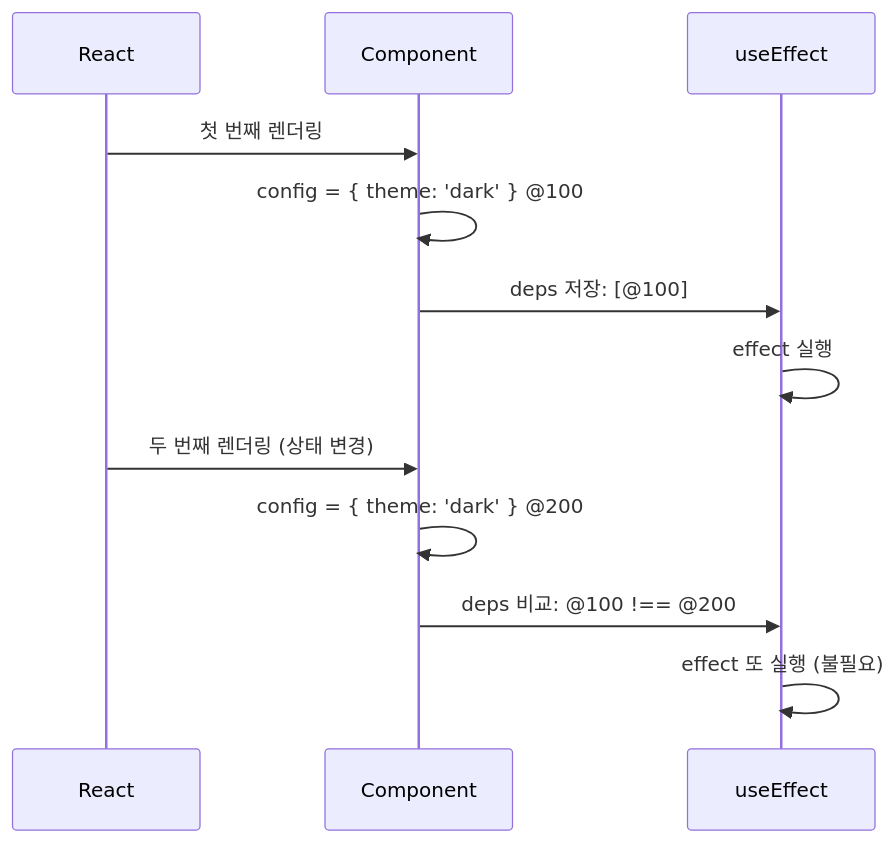
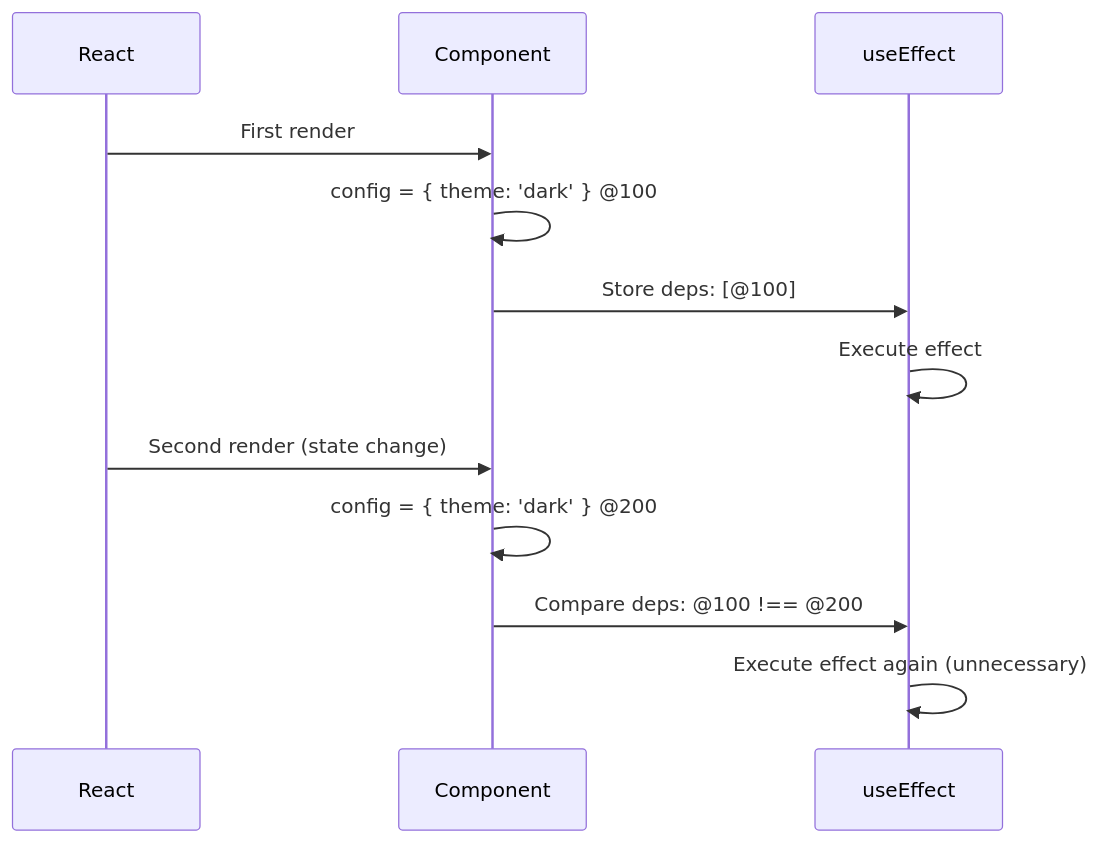
Before and after one commit to codefug/codefug.github.io: the seventh of 19 diagrams in markdown/2026-01-18/en/content.mdx, drawn with Mermaid. The commit also changed other lines of this file and 1 other file, not shown here.

````diff
--- a/markdown/2026-01-18/en/content.mdx
+++ b/markdown/2026-01-18/en/content.mdx
@@ -338,16 +338,16 @@
 ```mermaid
 sequenceDiagram
     participant R as React
     participant C as Component
     participant E as useEffect
 
-    R->>C: 첫 번째 렌더링
+    R->>C: First render
     C->>C: config = { theme: 'dark' } @100
-    C->>E: deps 저장: [@100]
-    E->>E: effect 실행
+    C->>E: Store deps: [@100]
+    E->>E: Execute effect
 
-    R->>C: 두 번째 렌더링 (상태 변경)
+    R->>C: Second render (state change)
     C->>C: config = { theme: 'dark' } @200
-    C->>E: deps 비교: @100 !== @200
-    E->>E: effect 또 실행 (불필요)
+    C->>E: Compare deps: @100 !== @200
+    E->>E: Execute effect again (unnecessary)
 ```
````
